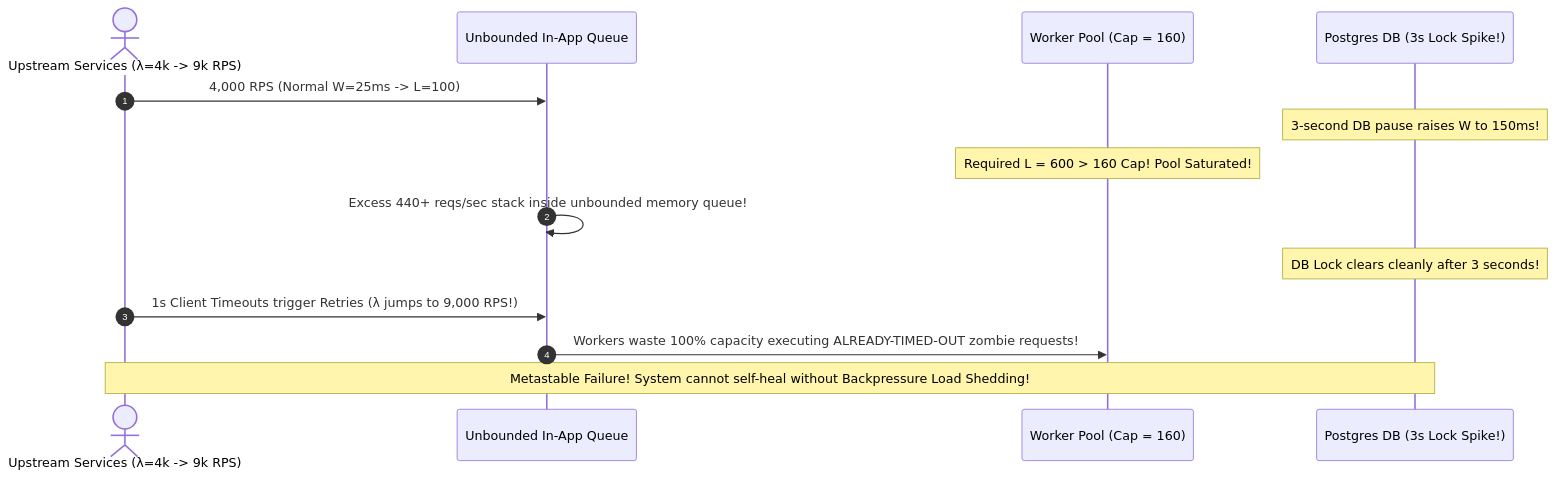
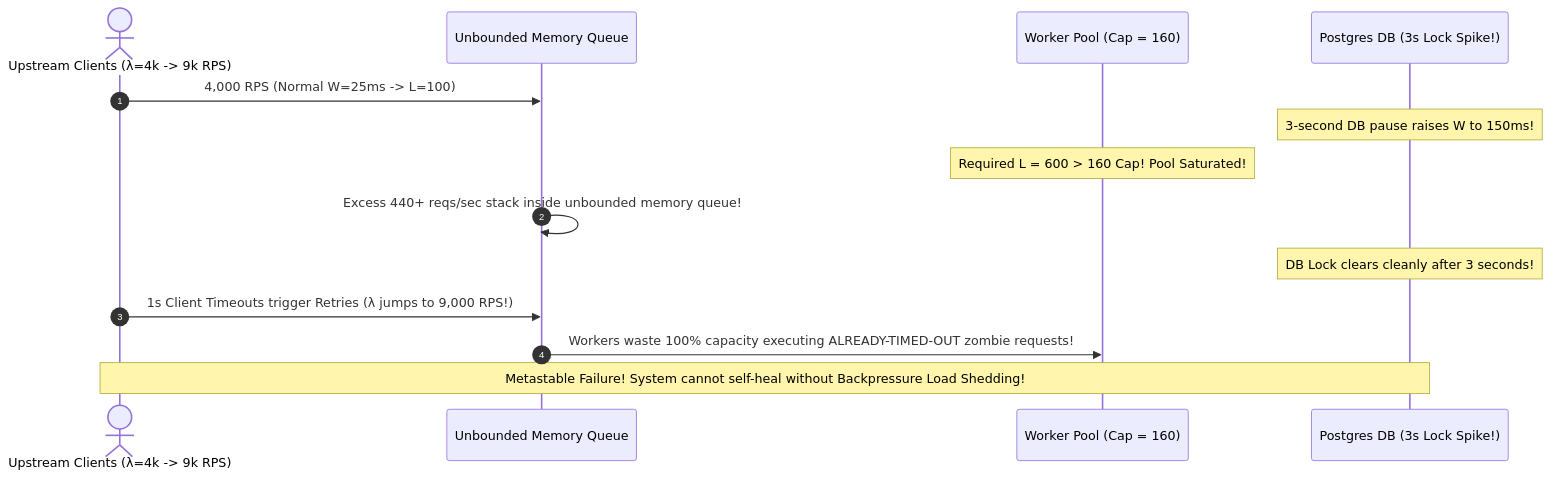
One commit to TapanKumarBarik/Backend-roadmap changed the second of 2 diagrams in content/system-design/01-core-fundamentals/09-throughput-and-littles-law/README.md. Above: the diagram before and after it, drawn with Mermaid. The commit also changed other lines of this file and 1 other file, not shown here.

````diff
--- a/content/system-design/01-core-fundamentals/09-throughput-and-littles-law/README.md
+++ b/content/system-design/01-core-fundamentals/09-throughput-and-littles-law/README.md
@@ -99,19 +254,19 @@
 ```mermaid
 sequenceDiagram
     autonumber
-    actor Clients as Upstream Services (λ=4k -> 9k RPS)
-    participant Queue as Unbounded In-App Queue
+    actor Clients as Upstream Clients (λ=4k -> 9k RPS)
+    participant Queue as Unbounded Memory Queue
     participant Pool as Worker Pool (Cap = 160)
     participant DB as Postgres DB (3s Lock Spike!)
 
     Clients->>Queue: 4,000 RPS (Normal W=25ms -> L=100)
     Note over DB: 3-second DB pause raises W to 150ms!
     Note over Pool: Required L = 600 > 160 Cap! Pool Saturated!
     
     Queue->>Queue: Excess 440+ reqs/sec stack inside unbounded memory queue!
     
     Note over DB: DB Lock clears cleanly after 3 seconds!
     Clients->>Queue: 1s Client Timeouts trigger Retries (λ jumps to 9,000 RPS!)
     Queue->>Pool: Workers waste 100% capacity executing ALREADY-TIMED-OUT zombie requests!
     Note over Clients,DB: Metastable Failure! System cannot self-heal without Backpressure Load Shedding!
 ```
````
